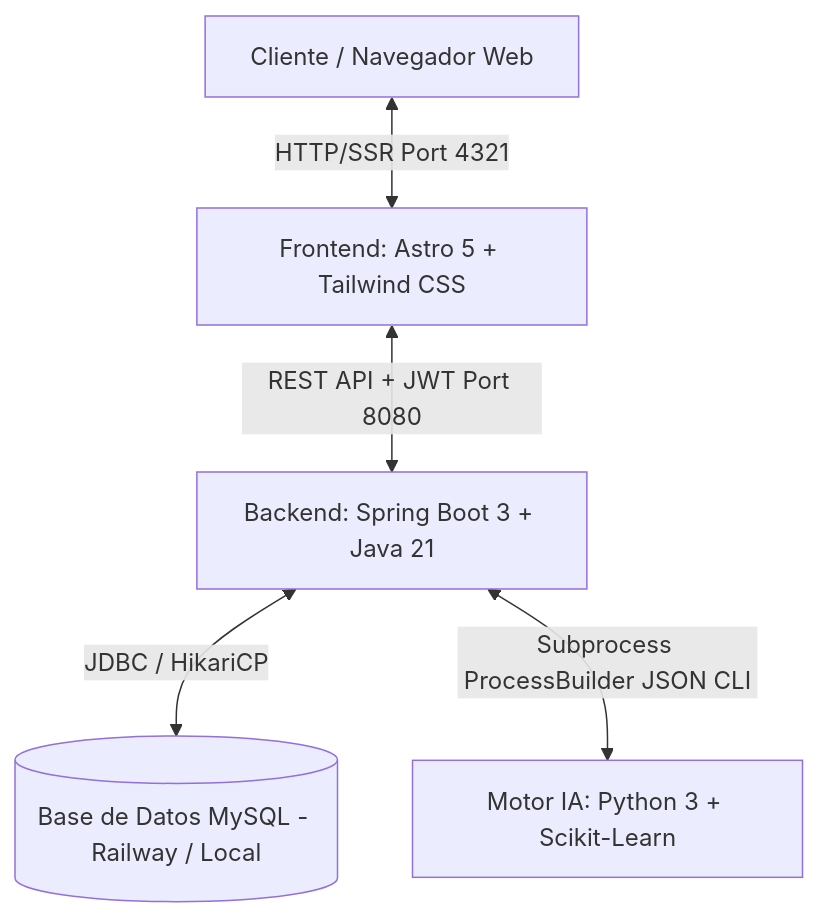
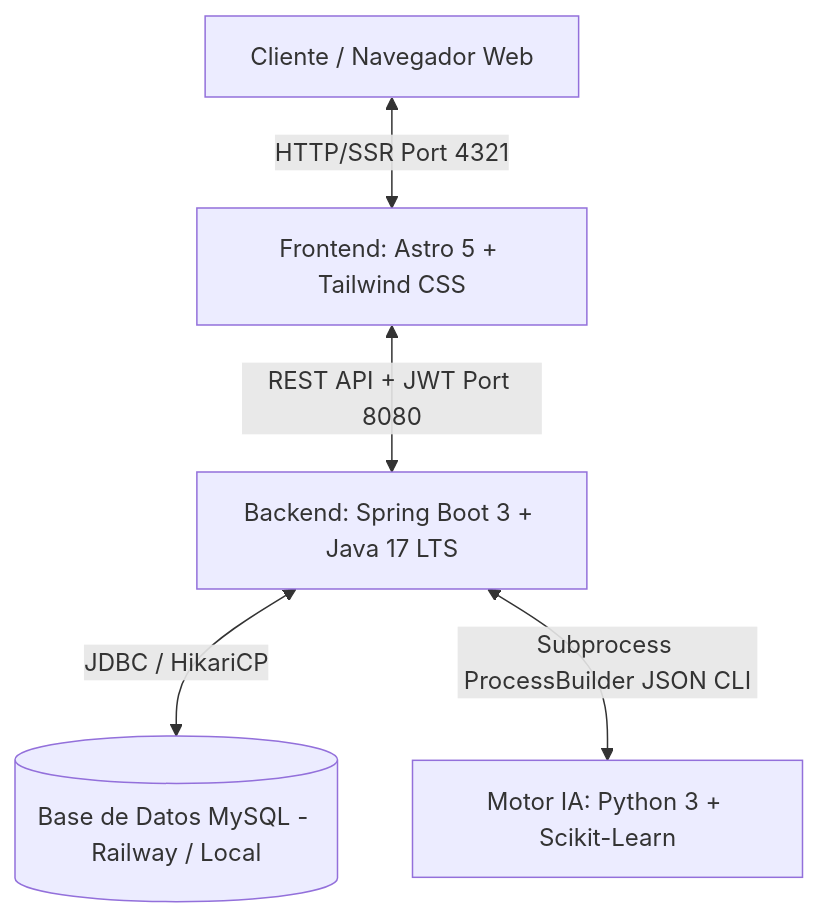
One commit to No-Country-simulation/G9-LATAM-Team-77 changed the first of 8 diagrams in DOCUMENTACION_SISTEMA_FINANCEAI_DEFINITIVA.md. Above: the diagram before and after it, drawn with Mermaid. The commit also changed other lines of this file and 20 other files, not shown here.

````diff
--- a/DOCUMENTACION_SISTEMA_FINANCEAI_DEFINITIVA.md
+++ b/DOCUMENTACION_SISTEMA_FINANCEAI_DEFINITIVA.md
@@ -42,7 +47,7 @@
 ```mermaid
 graph TD
     ClientBrowser[Cliente / Navegador Web] <--> |HTTP/SSR Port 4321| AstroFrontend[Frontend: Astro 5 + Tailwind CSS]
-    AstroFrontend <--> |REST API + JWT Port 8080| SpringBootBackend[Backend: Spring Boot 3 + Java 21]
+    AstroFrontend <--> |REST API + JWT Port 8080| SpringBootBackend[Backend: Spring Boot 3 + Java 17 LTS]
     SpringBootBackend <--> |JDBC / HikariCP| MySQLDatabase[(Base de Datos MySQL - Railway / Local)]
     SpringBootBackend <--> |Subprocess ProcessBuilder JSON CLI| PythonEngine[Motor IA: Python 3 + Scikit-Learn]
 ```
````
